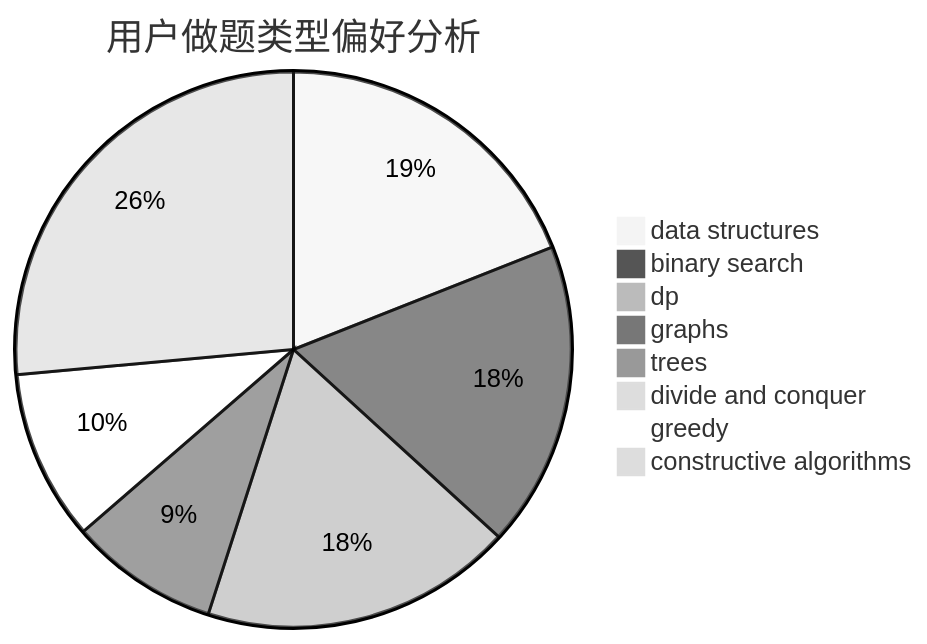
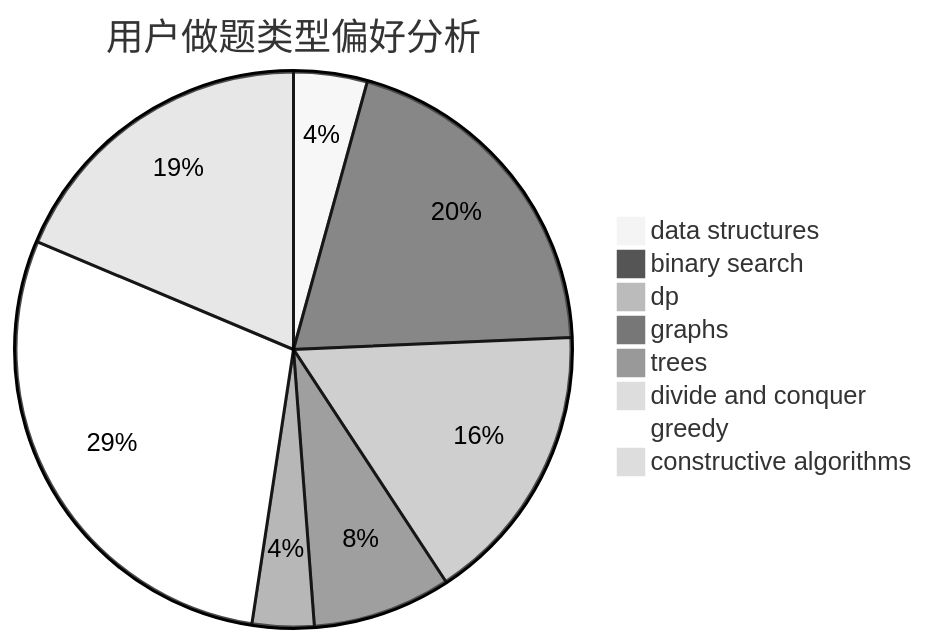
The second of 3 diagrams in docs/user/u1094.md (sherpahu/cfrs.github.io), drawn with Mermaid (neutral theme) before and after one commit. The commit also changed other lines of this file and 2770 other files, not shown here.

````diff
--- a/docs/user/u1094.md
+++ b/docs/user/u1094.md
@@ -23,11 +23,11 @@
 ```mermaid
 pie title 用户做题类型偏好分析
-    "data structures" :  46
-    "binary search" :  43
-    "dp" :  44
-    "graphs" :  21
-    "trees" :  1
+    "data structures" :  25
+    "binary search" :  117
+    "dp" :  96
+    "graphs" :  47
+    "trees" :  21
     "divide and conquer" :  0
-    "greedy" :  24
-    "constructive algorithms" :  64
+    "greedy" :  169
+    "constructive algorithms" :  109
 ```
````
